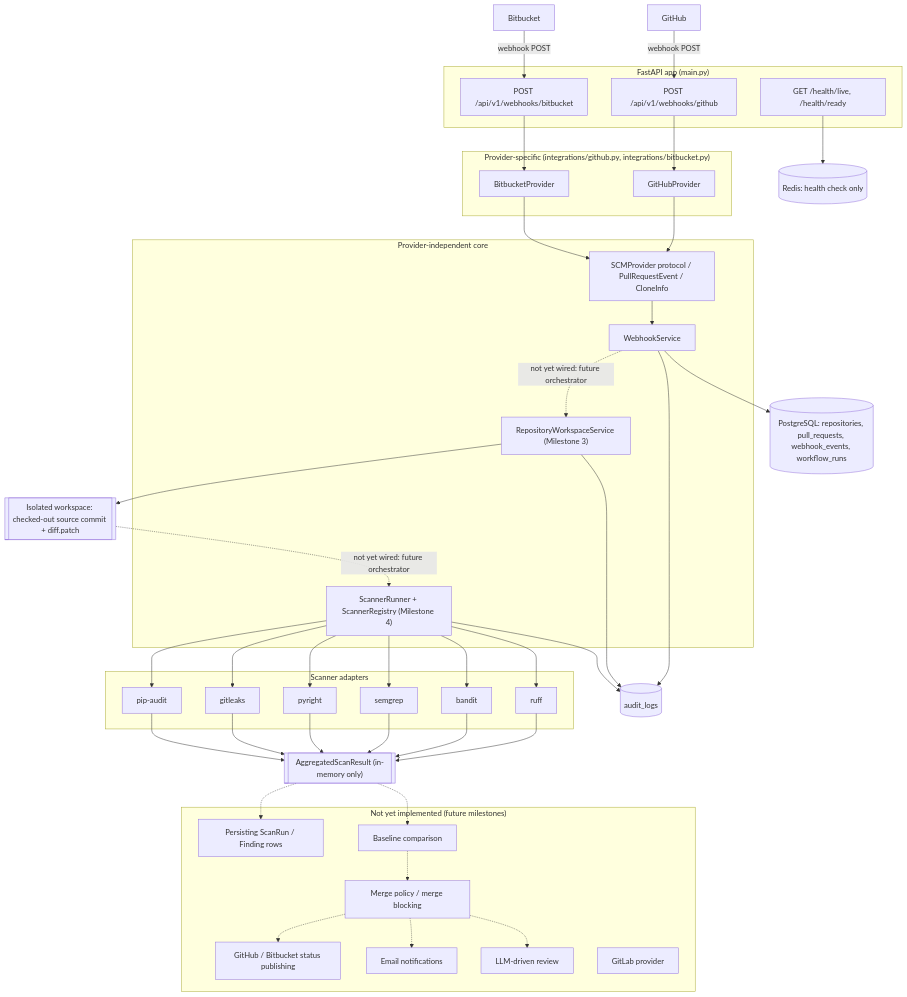
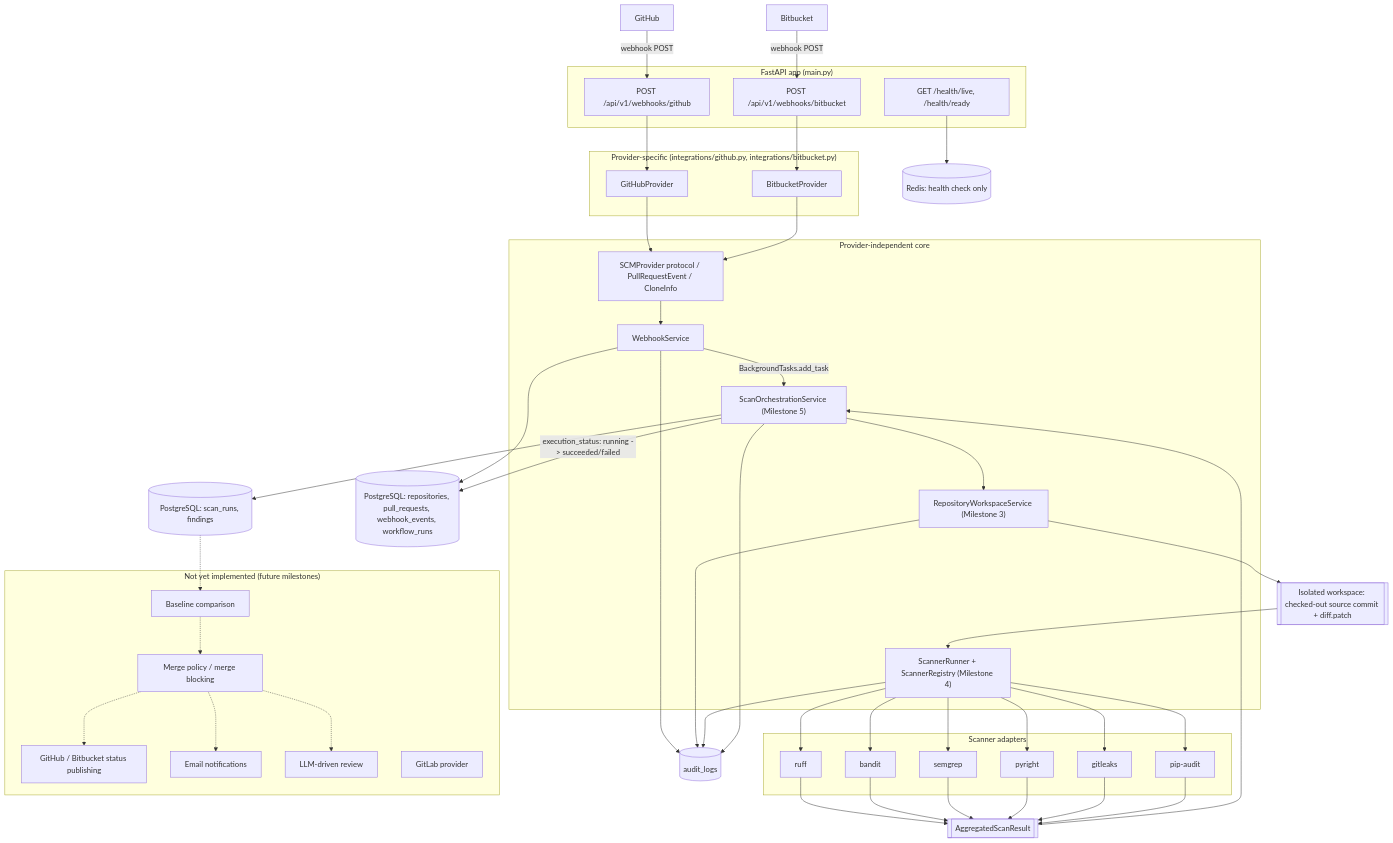
The diagram in docs/development/PROJECT_ARCHITECTURE.md (Parthi10/partha-prime-agent), drawn with Mermaid before and after one commit. The commit also changed other lines of this file and 9 other files, not shown here.

First line of the commit message:
Implement Milestone 5 end-to-end scan orchestration

````diff
--- a/docs/development/PROJECT_ARCHITECTURE.md
+++ b/docs/development/PROJECT_ARCHITECTURE.md
@@ -222,71 +264,75 @@
 ```mermaid
 flowchart TD
     GH["GitHub"] -->|"webhook POST"| EP_GH["POST /api/v1/webhooks/github"]
     BB["Bitbucket"] -->|"webhook POST"| EP_BB["POST /api/v1/webhooks/bitbucket"]
 
     subgraph FastAPI["FastAPI app (main.py)"]
         EP_GH
         EP_BB
         Health["GET /health/live, /health/ready"]
     end
 
     subgraph ProviderSpecific["Provider-specific (integrations/github.py, integrations/bitbucket.py)"]
         GHP["GitHubProvider"]
         BBP["BitbucketProvider"]
     end
 
     EP_GH --> GHP
     EP_BB --> BBP
 
     subgraph ProviderIndependent["Provider-independent core"]
         SCM["SCMProvider protocol / PullRequestEvent / CloneInfo"]
         WS["WebhookService"]
+        SOS["ScanOrchestrationService (Milestone 5)"]
         RWS["RepositoryWorkspaceService (Milestone 3)"]
         SR["ScannerRunner + ScannerRegistry (Milestone 4)"]
     end
 
     GHP --> SCM
     BBP --> SCM
     SCM --> WS
 
     WS --> PG[("PostgreSQL: repositories, pull_requests, webhook_events, workflow_runs")]
     WS --> Audit[("audit_logs")]
 
-    WS -.->|"not yet wired: future orchestrator"| RWS
+    WS -->|"BackgroundTasks.add_task"| SOS
+    SOS --> RWS
     RWS --> Workspace[["Isolated workspace: checked-out source commit + diff.patch"]]
     RWS --> Audit
 
-    Workspace -.->|"not yet wired: future orchestrator"| SR
+    Workspace --> SR
 
     subgraph Adapters["Scanner adapters"]
         Ruff["ruff"]
         Bandit["bandit"]
         Semgrep["semgrep"]
         Pyright["pyright"]
         Gitleaks["gitleaks"]
         PipAudit["pip-audit"]
     end
 
     SR --> Ruff & Bandit & Semgrep & Pyright & Gitleaks & PipAudit
-    Ruff & Bandit & Semgrep & Pyright & Gitleaks & PipAudit --> AggResult[["AggregatedScanResult (in-memory only)"]]
+    Ruff & Bandit & Semgrep & Pyright & Gitleaks & PipAudit --> AggResult[["AggregatedScanResult"]]
     SR --> Audit
+    AggResult --> SOS
+    SOS --> ScanPG[("PostgreSQL: scan_runs, findings")]
+    SOS --> Audit
+    SOS -->|"execution_status: running -> succeeded/failed"| PG
 
     Health --> Redis[("Redis: health check only")]
 
     subgraph NotYet["Not yet implemented (future milestones)"]
-        Persist["Persisting ScanRun / Finding rows"]
         Baseline["Baseline comparison"]
         Policy["Merge policy / merge blocking"]
         Status["GitHub / Bitbucket status publishing"]
         Notif["Email notifications"]
         LLM["LLM-driven review"]
         GitLab["GitLab provider"]
     end
 
-    AggResult -.-> Persist
-    AggResult -.-> Baseline
+    ScanPG -.-> Baseline
     Baseline -.-> Policy
     Policy -.-> Status
     Policy -.-> Notif
     Policy -.-> LLM
 ```
````
